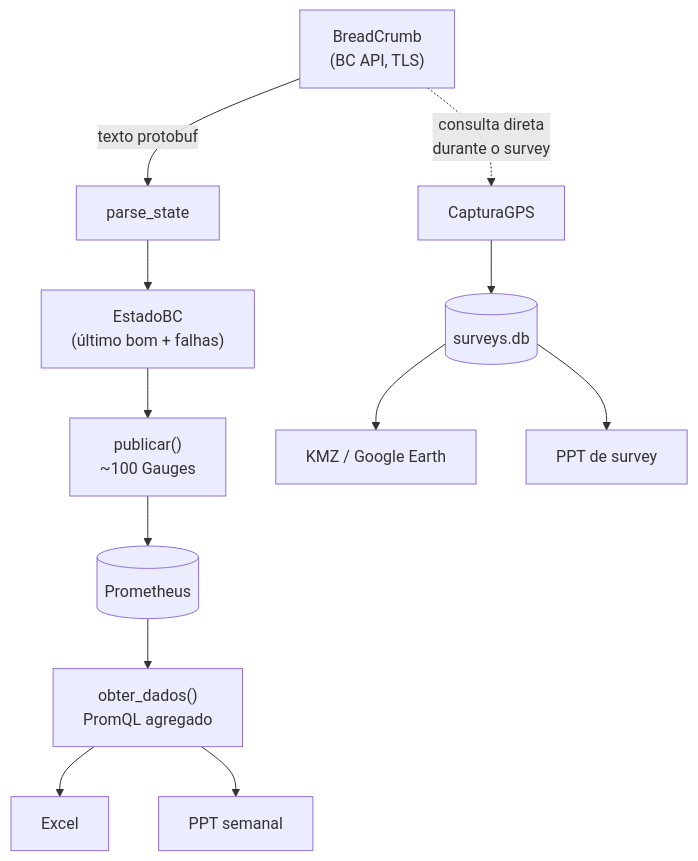
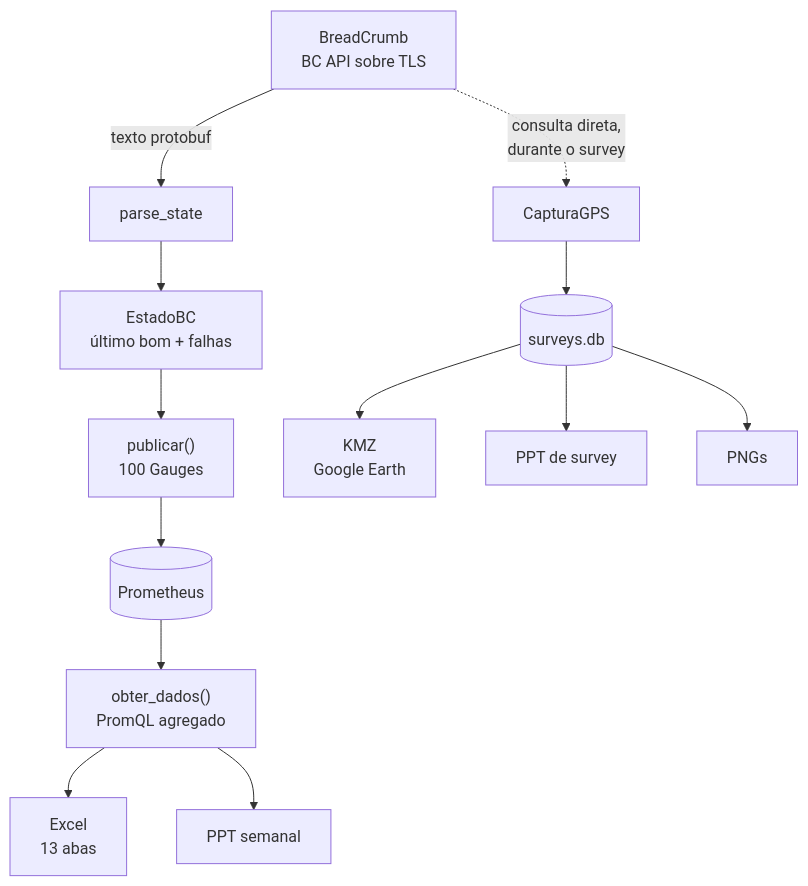
The first of 3 diagrams in ARQUITETURA.md (Mrluuh12/aluno), drawn with Mermaid before and after one commit. The commit also changed other lines of this file, not shown here.

````diff
--- a/ARQUITETURA.md
+++ b/ARQUITETURA.md
@@ -43,14 +135,15 @@
 ```mermaid
 flowchart TD
-    BC["BreadCrumb<br/>(BC API, TLS)"] -->|texto protobuf| P[parse_state]
-    P --> E["EstadoBC<br/>(último bom + falhas)"]
-    E --> M["publicar()<br/>~100 Gauges"]
+    BC["BreadCrumb<br/>BC API sobre TLS"] -->|texto protobuf| P[parse_state]
+    P --> E["EstadoBC<br/>último bom + falhas"]
+    E --> M["publicar()<br/>100 Gauges"]
     M --> PR[(Prometheus)]
     PR --> OD["obter_dados()<br/>PromQL agregado"]
-    OD --> XL[Excel]
-    OD --> PP[PPT semanal]
-    BC -.->|consulta direta<br/>durante o survey| CG[CapturaGPS]
+    OD --> XL["Excel<br/>13 abas"]
+    OD --> PP["PPT semanal"]
+    BC -.->|consulta direta,<br/>durante o survey| CG[CapturaGPS]
     CG --> DB[(surveys.db)]
-    DB --> KMZ[KMZ / Google Earth]
-    DB --> PS[PPT de survey]
+    DB --> KMZ["KMZ<br/>Google Earth"]
+    DB --> PS["PPT de survey"]
+    DB --> PNG["PNGs"]
 ```
````
